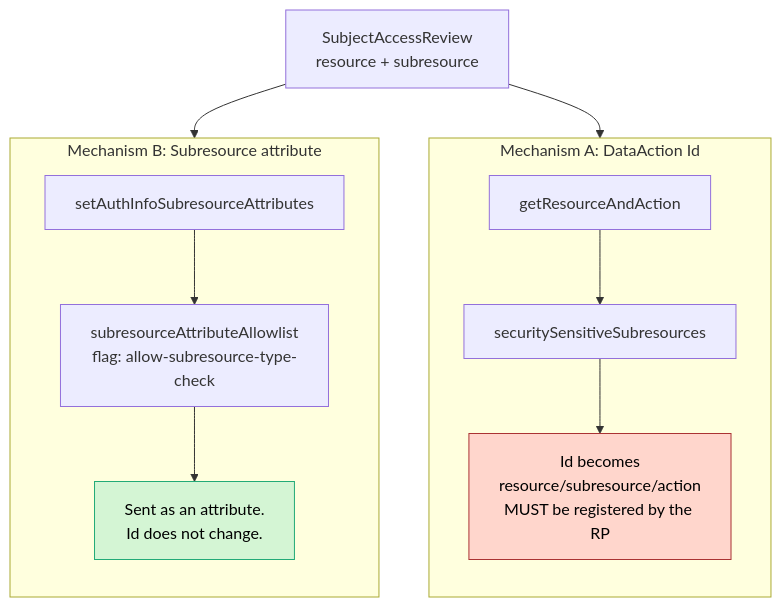
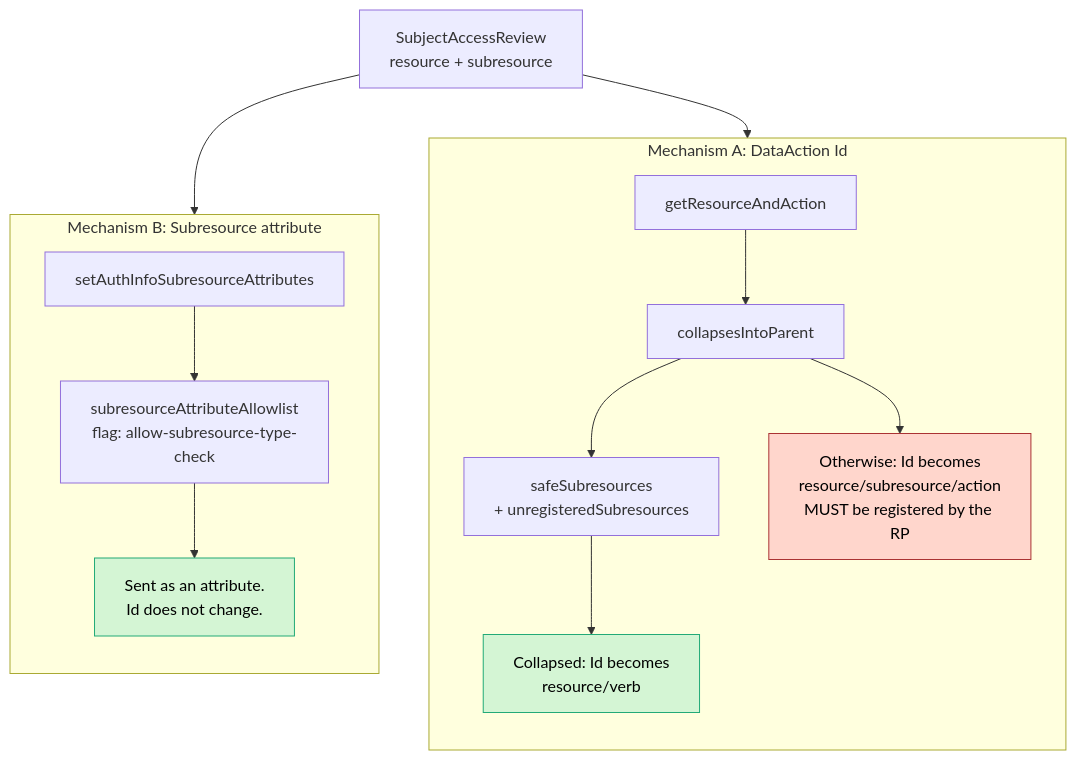
One commit to Azure/guard changed the third of 3 diagrams in authz/providers/azure/README.md. Above: the diagram before and after it, drawn with Mermaid. The commit also changed other lines of this file and 1 other file, not shown here.

First line of the commit message:
docs: update the DataAction mapping docs for the inverted subresource rule

````diff
--- a/authz/providers/azure/README.md
+++ b/authz/providers/azure/README.md
@@ -288,20 +292,23 @@
 ```mermaid
 flowchart TD
     SAR["SubjectAccessReview<br/>resource + subresource"] --> C1
     SAR --> D1
 
     subgraph M1["Mechanism A: DataAction Id"]
         direction TB
-        C1[getResourceAndAction] --> C2[securitySensitiveSubresources]
-        C2 --> C3["Id becomes<br/>resource/subresource/action<br/>MUST be registered by the RP"]
+        C1[getResourceAndAction] --> C2[collapsesIntoParent]
+        C2 --> C2a["safeSubresources<br/>+ unregisteredSubresources"]
+        C2a --> C3["Collapsed: Id becomes<br/>resource/verb"]
+        C2 --> C4["Otherwise: Id becomes<br/>resource/subresource/action<br/>MUST be registered by the RP"]
     end
 
     subgraph M2["Mechanism B: Subresource attribute"]
         direction TB
         D1[setAuthInfoSubresourceAttributes] --> D2["subresourceAttributeAllowlist<br/>flag: allow-subresource-type-check"]
         D2 --> D3["Sent as an attribute.<br/>Id does not change."]
     end
 
-    style C3 fill:#ffd6cc,stroke:#a33,color:#000
+    style C3 fill:#d4f5d4,stroke:#2a7,color:#000
+    style C4 fill:#ffd6cc,stroke:#a33,color:#000
     style D3 fill:#d4f5d4,stroke:#2a7,color:#000
 ```
````
